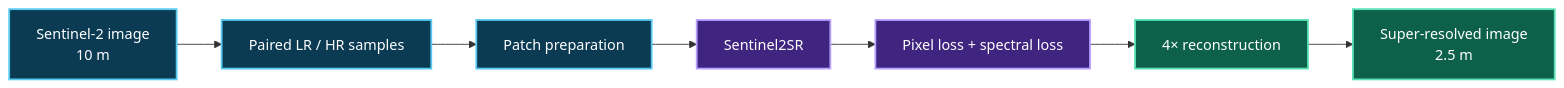
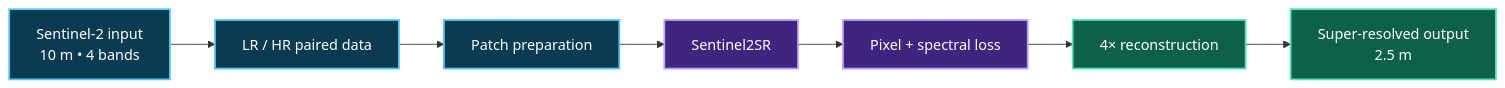
Before and after one commit to Spideyxperince/DrishtiSR-AI-Satellite-SuperResolution: the diagram in README.md, drawn with Mermaid. The commit also changed other lines of this file and 2 other files, not shown here.

````diff
--- a/README.md
+++ b/README.md
@@ -42,16 +41,16 @@
 ```mermaid
 flowchart LR
-    A[Sentinel-2 image<br/>10 m] --> B[Paired LR / HR samples]
+    A[Sentinel-2 input<br/>10 m • 4 bands] --> B[LR / HR paired data]
     B --> C[Patch preparation]
     C --> D[Sentinel2SR]
-    D --> E[Pixel loss + spectral loss]
+    D --> E[Pixel + spectral loss]
     E --> F[4× reconstruction]
-    F --> G[Super-resolved image<br/>2.5 m]
+    F --> G[Super-resolved output<br/>2.5 m]
 
     classDef input fill:#0b3a53,color:#fff,stroke:#56c8ef,stroke-width:2px
     classDef model fill:#3f257f,color:#fff,stroke:#b7a1ff,stroke-width:2px
     classDef output fill:#0d604a,color:#fff,stroke:#57e0b3,stroke-width:2px
     class A,B,C input
     class D,E model
     class F,G output
 ```
````
